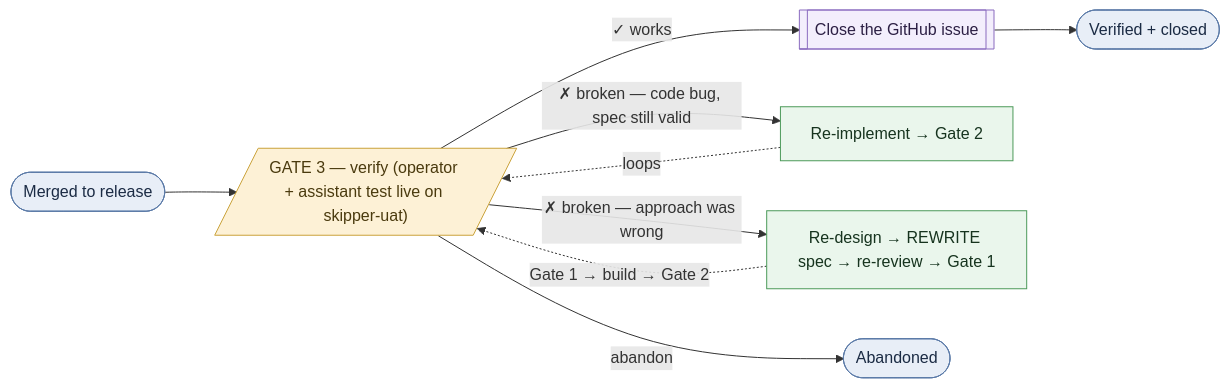
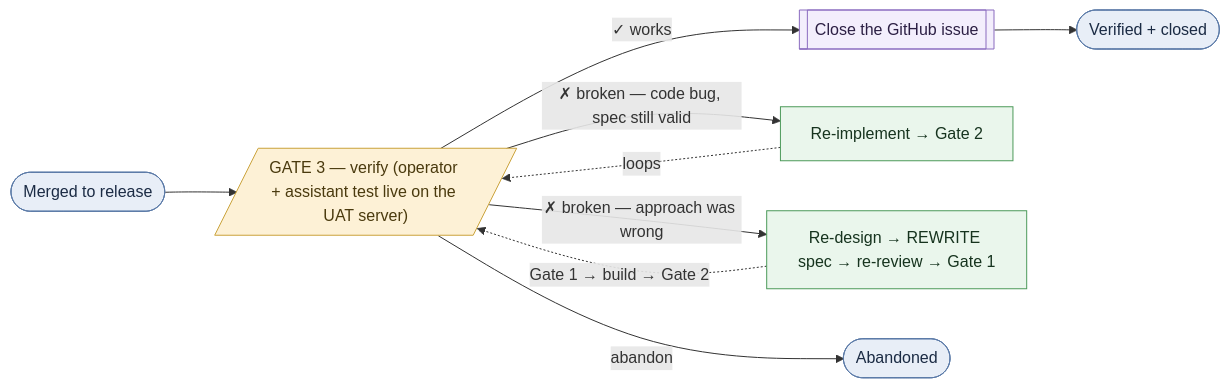
The second of 2 diagrams in apps/evolve/specs/sdlc.md (familycaptain/skipperbot-platform), drawn with Mermaid before and after one commit. The commit also changed other lines of this file, not shown here.

First line of the commit message:
docs(evolve): genericize the verify target — UAT server tracking origin/release, not the Pi

````diff
--- a/apps/evolve/specs/sdlc.md
+++ b/apps/evolve/specs/sdlc.md
@@ -226,14 +227,14 @@
 ```mermaid
 flowchart LR
-  merged(["Merged to release"]):::event --> verify[/"GATE 3 — verify (operator + assistant test live on skipper-uat)"/]:::gate
+  merged(["Merged to release"]):::event --> verify[/"GATE 3 — verify (operator + assistant test live on the UAT server)"/]:::gate
   verify -->|"✓ works"| close[["Close the GitHub issue"]]:::sys --> done(["Verified + closed"]):::event
   verify -->|"✗ broken — code bug, spec still valid"| reimpl["Re-implement → Gate 2"]:::agent
   verify -->|"✗ broken — approach was wrong"| respec["Re-design → REWRITE spec → re-review → Gate 1"]:::agent
   reimpl -.->|"loops"| verify
   respec -.->|"Gate 1 → build → Gate 2"| verify
   verify -->|"abandon"| dropped(["Abandoned"]):::event
   classDef event fill:#e8eef7,stroke:#5b7aa7,color:#1b2b44;
   classDef agent fill:#eaf6ec,stroke:#4c9a5a,color:#16331e;
   classDef sys fill:#f3eefc,stroke:#8a6bbf,color:#2c1f44;
   classDef gate fill:#fdf1d6,stroke:#caa23a,color:#4a3a0e;
 ```
````
